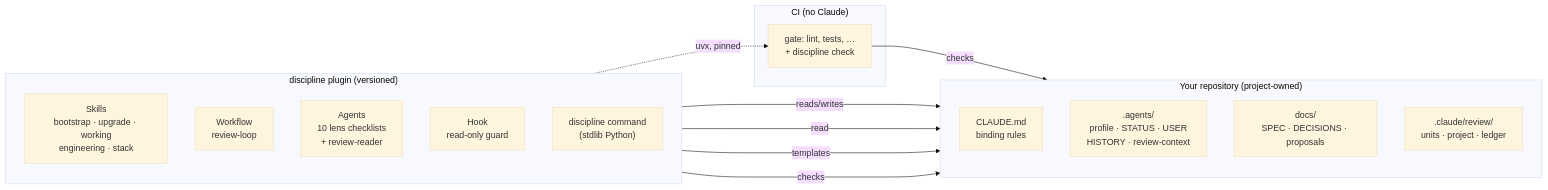
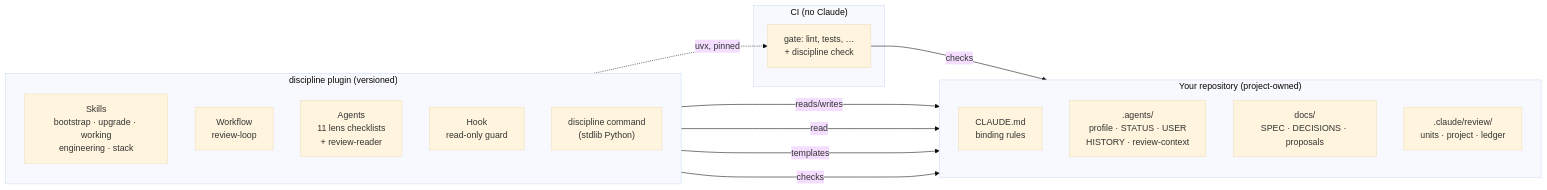
The second of 8 diagrams in README.md (chaordic-io/discipline), drawn with Mermaid (base theme) before and after one commit. The commit also changed other lines of this file and 17 other files, not shown here.

````diff
--- a/README.md
+++ b/README.md
@@ -160,27 +160,27 @@
 ```mermaid
 flowchart LR
     subgraph P["discipline plugin (versioned)"]
         direction TB
         SK["Skills<br/>bootstrap · upgrade · working<br/>engineering · stack"]
         WF["Workflow<br/>review-loop"]
-        AG["Agents<br/>10 lens checklists<br/>+ review-reader"]
+        AG["Agents<br/>11 lens checklists<br/>+ review-reader"]
         HK["Hook<br/>read-only guard"]
         CLI["discipline command<br/>(stdlib Python)"]
     end
     subgraph R["Your repository (project-owned)"]
         direction TB
         CM["CLAUDE.md<br/>binding rules"]
         AGS[".agents/<br/>profile · STATUS · USER<br/>HISTORY · review-context"]
         DOC["docs/<br/>SPEC · DECISIONS · proposals"]
         RV[".claude/review/<br/>units · project · ledger"]
     end
     subgraph C["CI (no Claude)"]
         G["gate: lint, tests, …<br/>+ discipline check"]
     end
     SK -- templates --> R
     WF -- reads/writes --> RV
     AG -- read --> AGS
     CLI -- checks --> R
     CLI -. "uvx, pinned" .-> G
     G -- checks --> R
 ```
````
